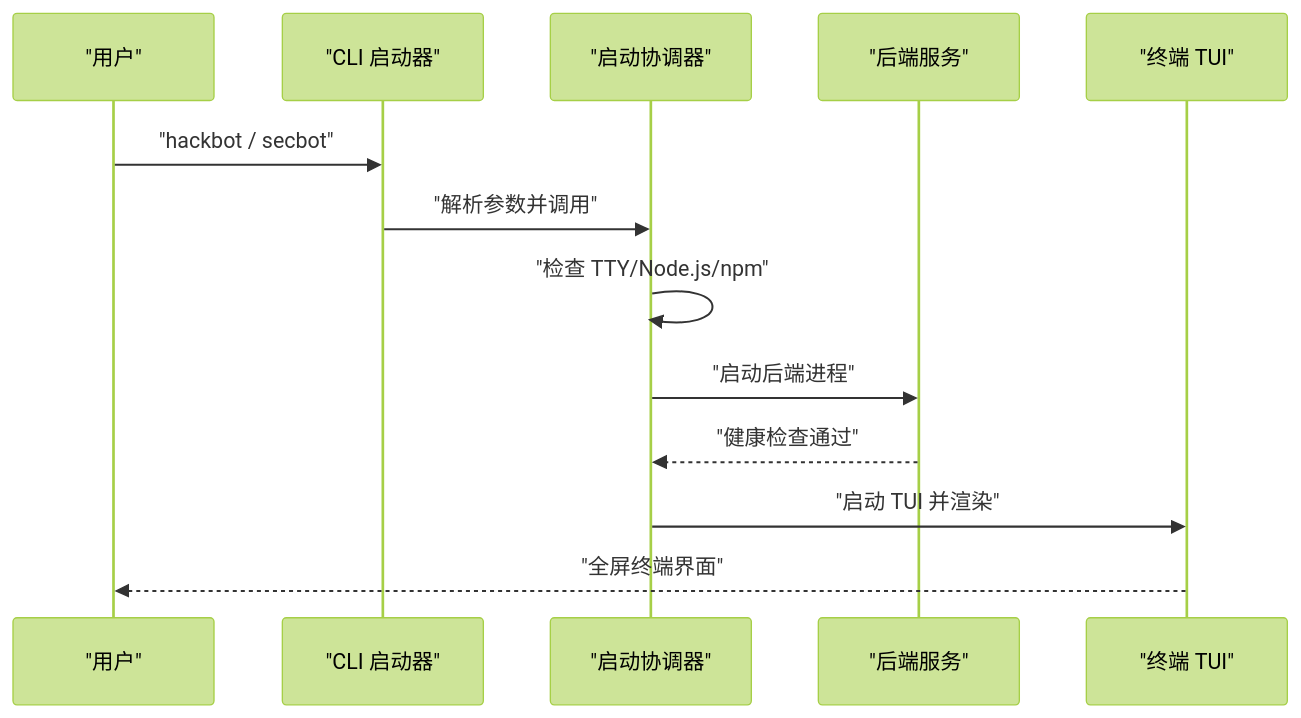
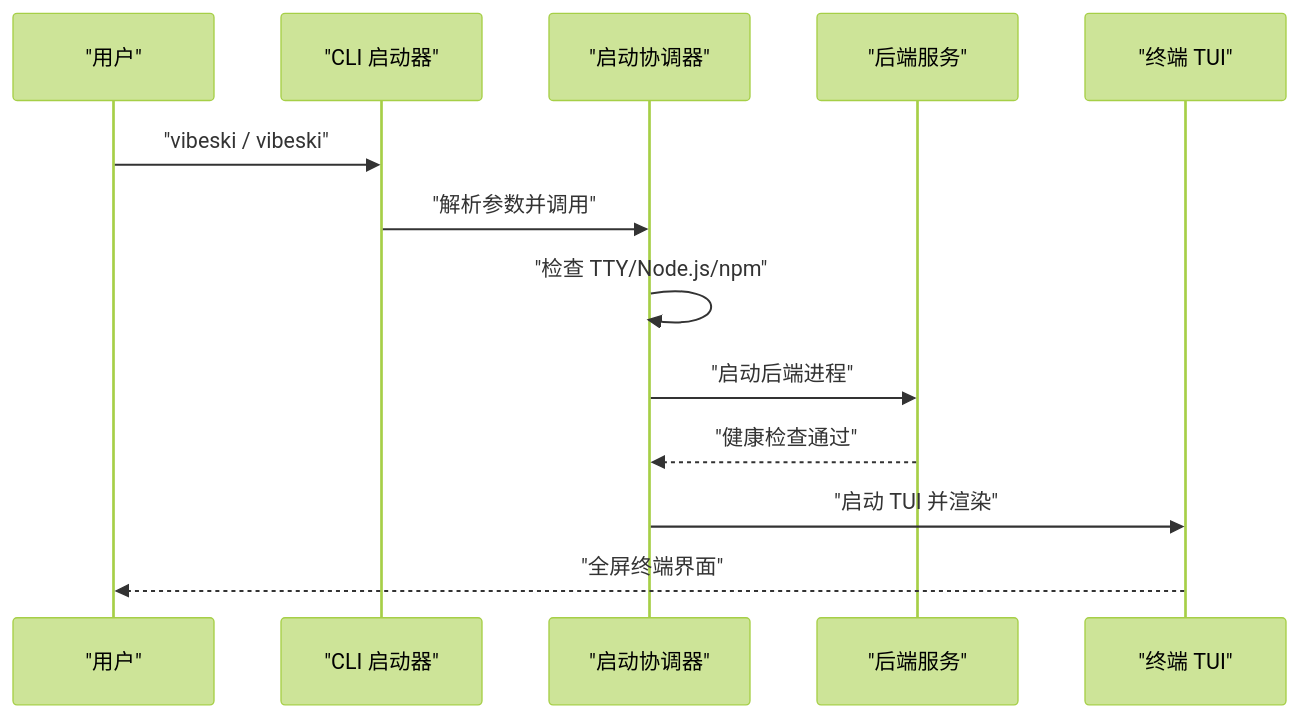
One commit to crabin/VIBESKI changed the third of 7 diagrams in .qoder/repowiki/zh/content/终端工具系统.md. Above: the diagram before and after it, drawn with Mermaid (forest theme). The commit also changed other lines of this file and 170 other files, not shown here.

Commit message:
chore: rename all secbot/hackbot identifiers to vibeski

````diff
--- a/.qoder/repowiki/zh/content/终端工具系统.md
+++ b/.qoder/repowiki/zh/content/终端工具系统.md
@@ -156,15 +156,15 @@
 ```mermaid
 sequenceDiagram
 participant User as "用户"
 participant CLI as "CLI 启动器"
 participant LT as "启动协调器"
 participant API as "后端服务"
 participant TUI as "终端 TUI"
-User->>CLI : "hackbot / secbot"
+User->>CLI : "vibeski / vibeski"
 CLI->>LT : "解析参数并调用"
 LT->>LT : "检查 TTY/Node.js/npm"
 LT->>API : "启动后端进程"
 API-->>LT : "健康检查通过"
 LT->>TUI : "启动 TUI 并渲染"
 TUI-->>User : "全屏终端界面"
 ```
````
